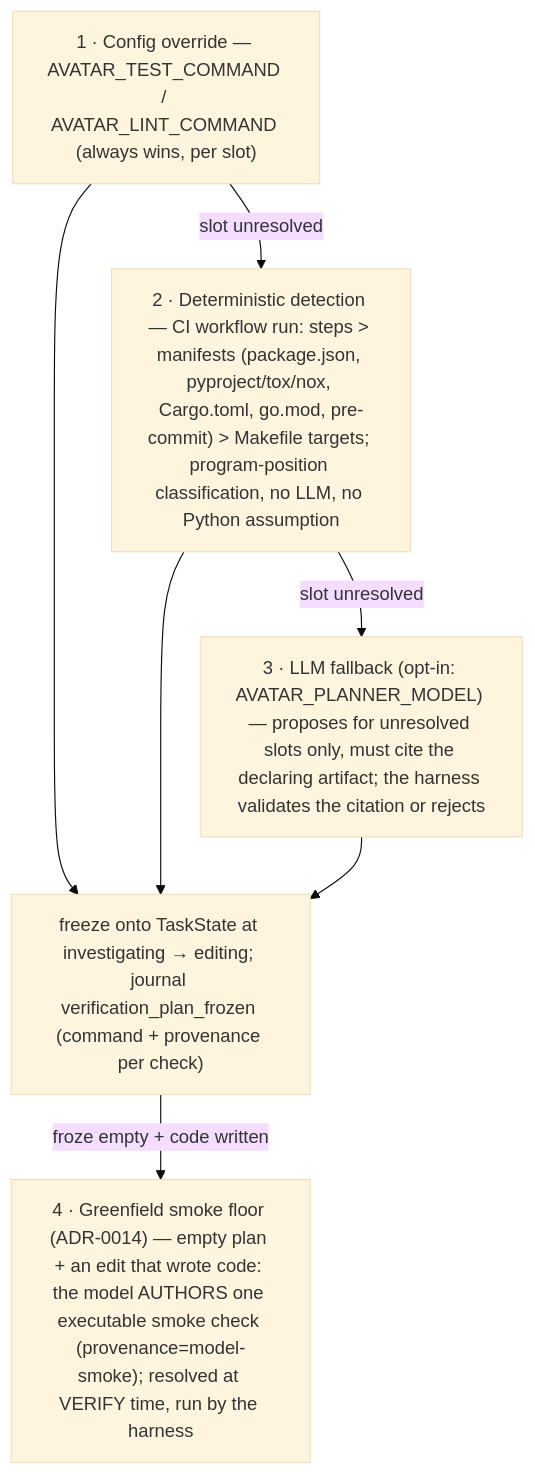
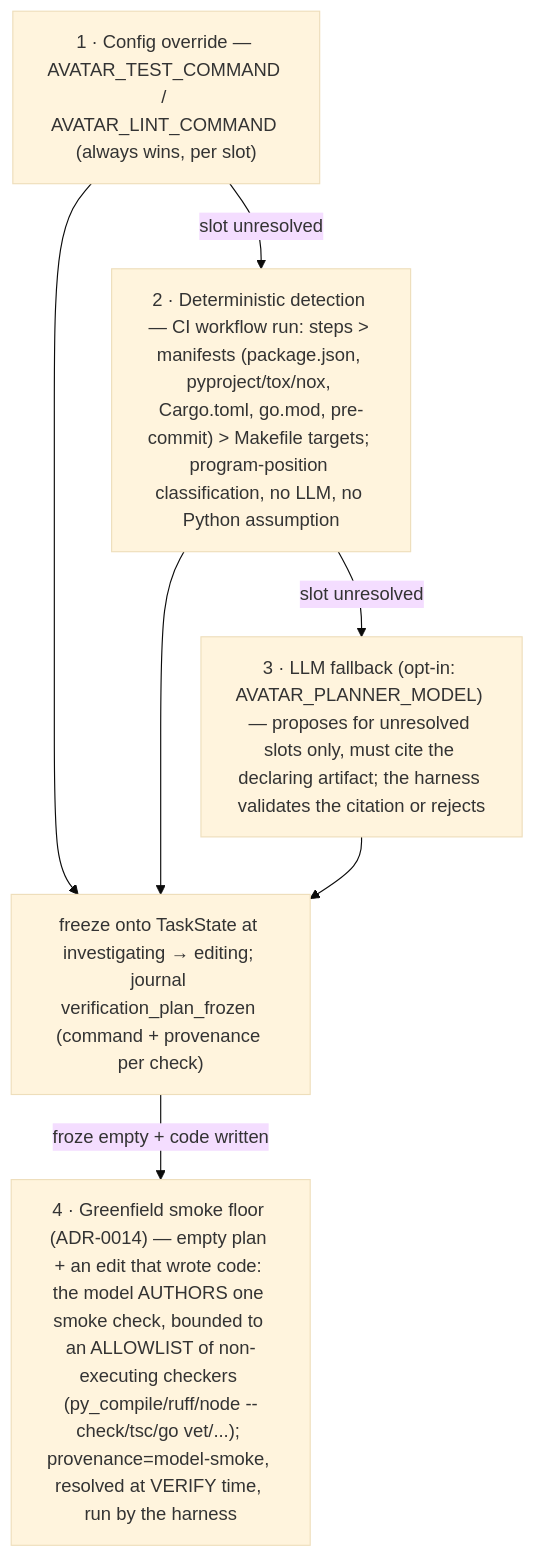
Before and after one commit to codexceed/avatar-harness: the seventh of 8 diagrams in ARCHITECTURE.md, drawn with Mermaid (base theme). The commit also changed other lines of this file and 8 other files, not shown here.

First line of the commit message:
fix(verifier): allowlist-bound the greenfield smoke floor; repair-loop + hint polish

````diff
--- a/ARCHITECTURE.md
+++ b/ARCHITECTURE.md
@@ -266,13 +266,13 @@
 ```mermaid
 flowchart TD
     CO["1 · Config override — AVATAR_TEST_COMMAND / AVATAR_LINT_COMMAND (always wins, per slot)"]
     DET["2 · Deterministic detection — CI workflow run: steps > manifests (package.json, pyproject/tox/nox, Cargo.toml, go.mod, pre-commit) > Makefile targets; program-position classification, no LLM, no Python assumption"]
     LLM["3 · LLM fallback (opt-in: AVATAR_PLANNER_MODEL) — proposes for unresolved slots only, must cite the declaring artifact; the harness validates the citation or rejects"]
     FRZ["freeze onto TaskState at investigating → editing; journal verification_plan_frozen (command + provenance per check)"]
-    SMK["4 · Greenfield smoke floor (ADR-0014) — empty plan + an edit that wrote code: the model AUTHORS one executable smoke check (provenance=model-smoke); resolved at VERIFY time, run by the harness"]
+    SMK["4 · Greenfield smoke floor (ADR-0014) — empty plan + an edit that wrote code: the model AUTHORS one smoke check, bounded to an ALLOWLIST of non-executing checkers (py_compile/ruff/node --check/tsc/go vet/...); provenance=model-smoke, resolved at VERIFY time, run by the harness"]
     CO -->|slot unresolved| DET -->|slot unresolved| LLM
     CO --> FRZ
     DET --> FRZ
     LLM --> FRZ
     FRZ -->|froze empty + code written| SMK
 ```
````
